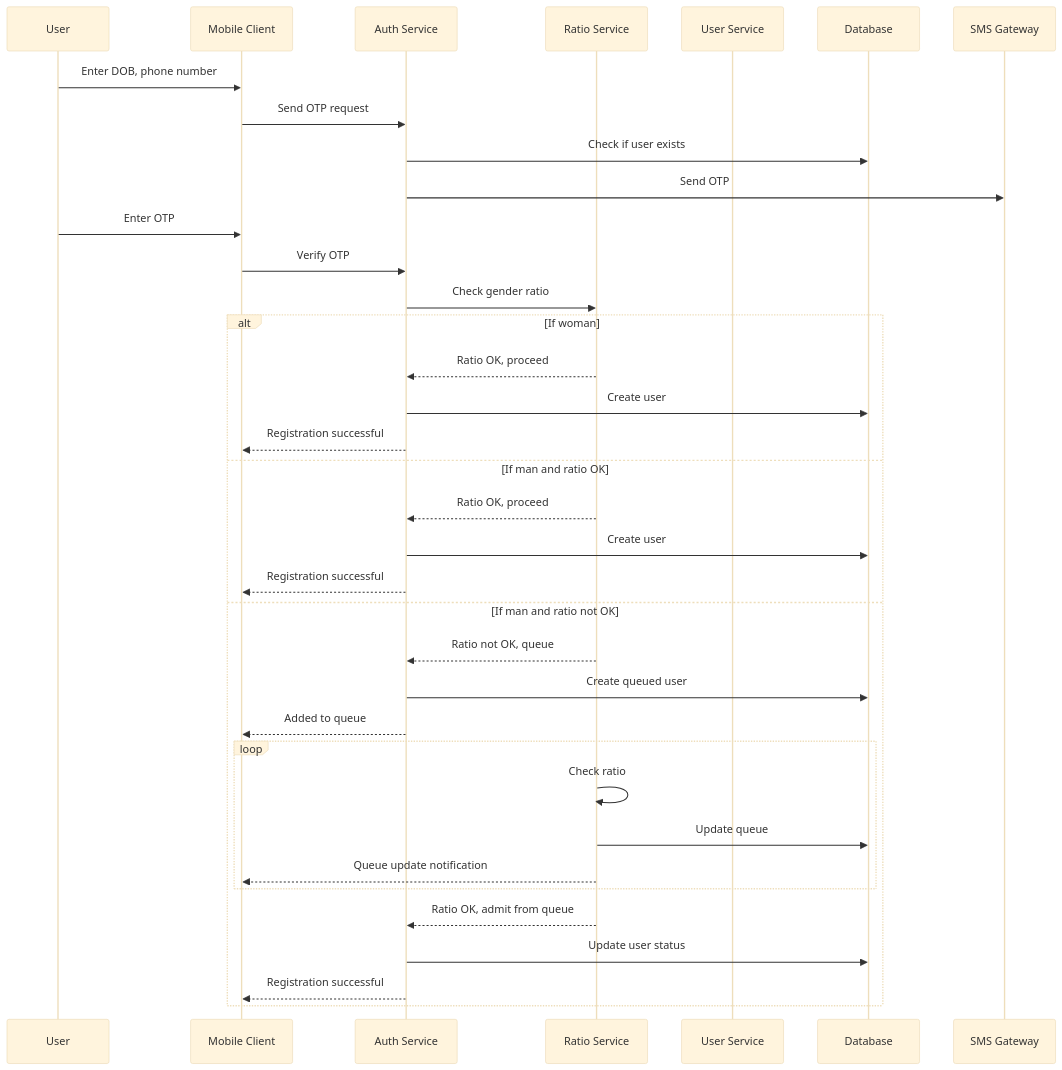
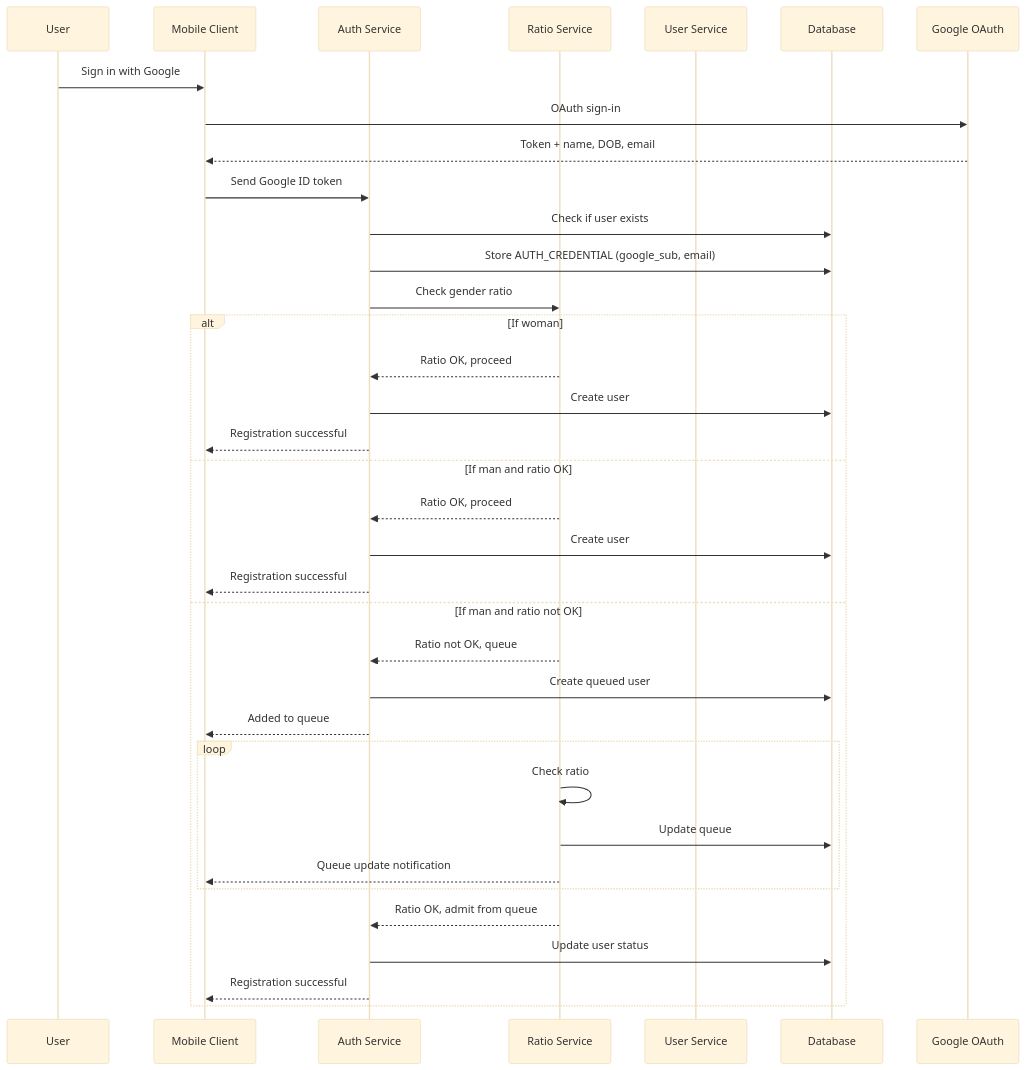
The first of 4 diagrams in design-decision/inter-service-communication.md (cheetah-org/fold-design), drawn with Mermaid (base theme) before and after one commit. The commit also changed other lines of this file and 6 other files, not shown here.

Commit message:
update flow to use google OAuth as primary auth

````diff
--- a/design-decision/inter-service-communication.md
+++ b/design-decision/inter-service-communication.md
@@ -61,39 +61,39 @@
 ```mermaid
 sequenceDiagram
     participant User as User
     participant Client as Mobile Client
     participant Auth as Auth Service
     participant Ratio as Ratio Service
     participant UserSvc as User Service
     participant DB as Database
-    participant SMS as SMS Gateway
+    participant Google as Google OAuth
 
-    User ->> Client: Enter DOB, phone number
-    Client ->> Auth: Send OTP request
+    User ->> Client: Sign in with Google
+    Client ->> Google: OAuth sign-in
+    Google -->> Client: Token + name, DOB, email
+    Client ->> Auth: Send Google ID token
     Auth ->> DB: Check if user exists
-    Auth ->> SMS: Send OTP
-    User ->> Client: Enter OTP
-    Client ->> Auth: Verify OTP
+    Auth ->> DB: Store AUTH_CREDENTIAL (google_sub, email)
     Auth ->> Ratio: Check gender ratio
     alt If woman
         Ratio -->> Auth: Ratio OK, proceed
         Auth ->> DB: Create user
         Auth -->> Client: Registration successful
     else If man and ratio OK
         Ratio -->> Auth: Ratio OK, proceed
         Auth ->> DB: Create user
         Auth -->> Client: Registration successful
     else If man and ratio not OK
         Ratio -->> Auth: Ratio not OK, queue
         Auth ->> DB: Create queued user
         Auth -->> Client: Added to queue
         loop
             Ratio ->> Ratio: Check ratio
             Ratio ->> DB: Update queue
             Ratio -->> Client: Queue update notification
         end
         Ratio -->> Auth: Ratio OK, admit from queue
         Auth ->> DB: Update user status
         Auth -->> Client: Registration successful
     end
 ```
````
